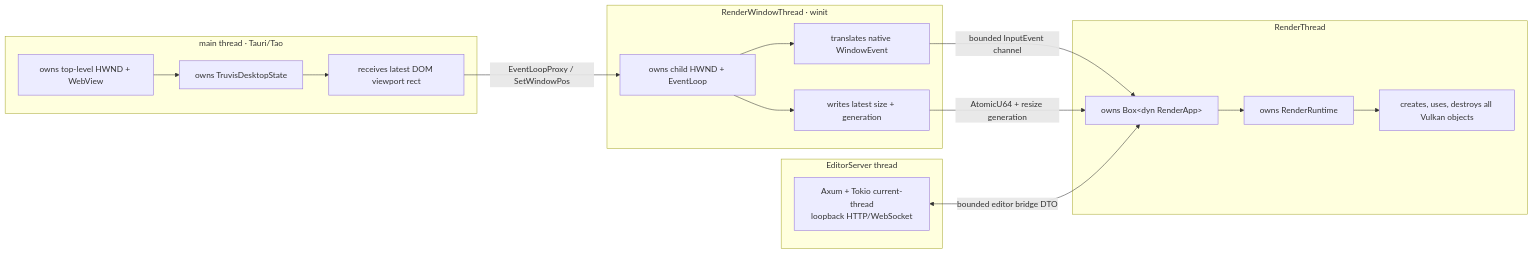
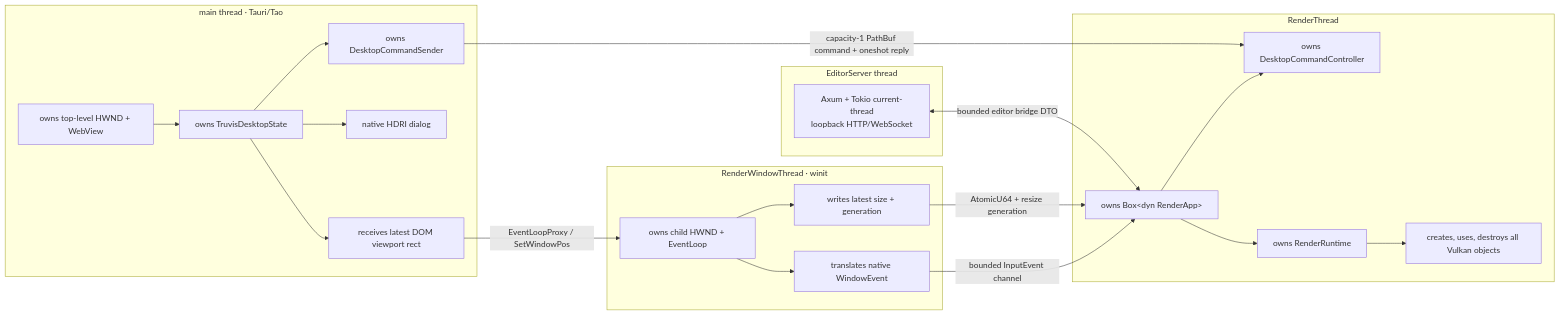
The diagram in docs/summaries/threading-and-resource-lifecycle.md (acccoco/TruvisRenderer), drawn with Mermaid before and after one commit. The commit also changed other lines of this file and 3 other files, not shown here.

````diff
--- a/docs/summaries/threading-and-resource-lifecycle.md
+++ b/docs/summaries/threading-and-resource-lifecycle.md
@@ -10,33 +10,41 @@
 ```mermaid
 flowchart LR
     subgraph MainThread["main thread · Tauri/Tao"]
         Parent["owns top-level HWND + WebView"]
         Desktop["owns TruvisDesktopState"]
         DomRect["receives latest DOM viewport rect"]
-        Parent --> Desktop --> DomRect
+        Dialog["native HDRI dialog"]
+        Sender["owns DesktopCommandSender"]
+        Parent --> Desktop
+        Desktop --> DomRect
+        Desktop --> Dialog
+        Desktop --> Sender
     end
 
     subgraph WindowThread["RenderWindowThread · winit"]
         Child["owns child HWND + EventLoop"]
         Input["translates native WindowEvent"]
         Size["writes latest size + generation"]
         Child --> Input
         Child --> Size
     end
 
     subgraph RenderThread["RenderThread"]
         RenderApp["owns Box&lt;dyn RenderApp&gt;"]
+        DesktopCommand["owns DesktopCommandController"]
         Runtime["owns RenderRuntime"]
         Vulkan["creates, uses, destroys all Vulkan objects"]
+        RenderApp --> DesktopCommand
         RenderApp --> Runtime --> Vulkan
     end
 
     subgraph ServerThread["EditorServer thread"]
         Server["Axum + Tokio current-thread<br/>loopback HTTP/WebSocket"]
     end
 
     DomRect -- "EventLoopProxy / SetWindowPos" --> Child
+    Sender -- "capacity-1 PathBuf command + oneshot reply" --> DesktopCommand
     Input -- "bounded InputEvent channel" --> RenderApp
     Size -- "AtomicU64 + resize generation" --> RenderApp
     Server <-- "bounded editor bridge DTO" --> RenderApp
 ```
````
